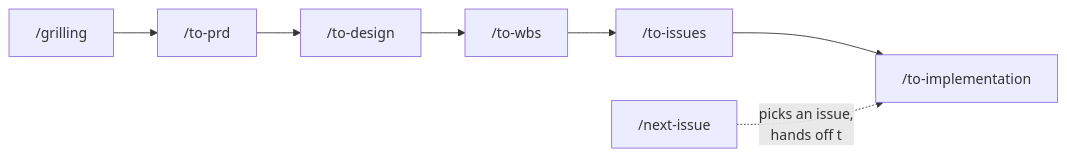
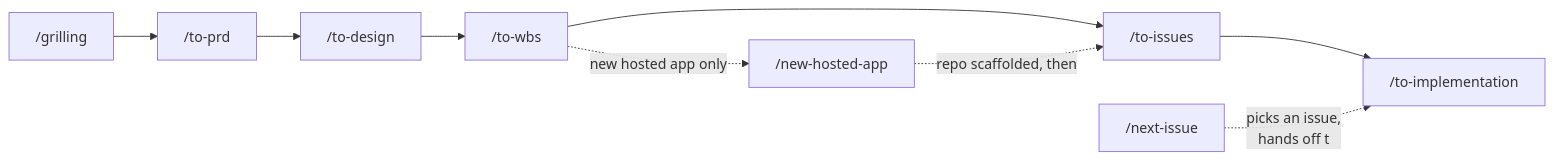
Before and after one commit to rustycoopes/organize-me: the diagram in docs/feature-workflow.md, drawn with Mermaid. The commit also changed other lines of this file and 19 other files, not shown here.

First line of the commit message:
Add new-hosted-app skill; document it in the feature workflow

````diff
--- a/docs/feature-workflow.md
+++ b/docs/feature-workflow.md
@@ -20,9 +20,11 @@
 ```mermaid
 flowchart LR
     A["/grilling"] --> B["/to-prd"]
     B --> C["/to-design"]
     C --> D["/to-wbs"]
     D --> E["/to-issues"]
     E --> F["/to-implementation"]
+    D -. new hosted app only .-> H["/new-hosted-app"]
+    H -. repo scaffolded, then .-> E
     G["/next-issue"] -.picks an issue,\nhands off to.-> F
 ```
````
